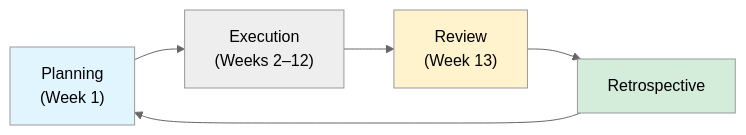
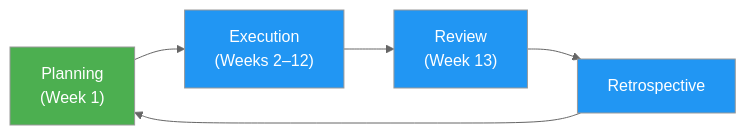
One commit to ultralytics/handbook changed the diagram in docs/en/goals/okrs.md. Above: the diagram before and after it, drawn with Mermaid (neutral theme). The commit also changed 16 other files, not shown here.

Commit message:
Standardize Mermaid diagram colors (#302)

````diff
--- a/docs/en/goals/okrs.md
+++ b/docs/en/goals/okrs.md
@@ -46,11 +46,10 @@
 ```mermaid
 graph LR
-    A["Planning\n(Week 1)"] --> B["Execution\n(Weeks 2–12)"]
-    B --> C["Review\n(Week 13)"]
-    C --> D[Retrospective]
+    A["Planning\n(Week 1)"]:::start --> B["Execution\n(Weeks 2–12)"]:::proc
+    B --> C["Review\n(Week 13)"]:::proc
+    C --> D[Retrospective]:::proc
     D --> A
 
-    style A fill:#e1f5ff
-    style C fill:#fff3cd
-    style D fill:#d4edda
+    classDef start fill:#4CAF50,color:#fff
+    classDef proc fill:#2196F3,color:#fff
 ```
````
